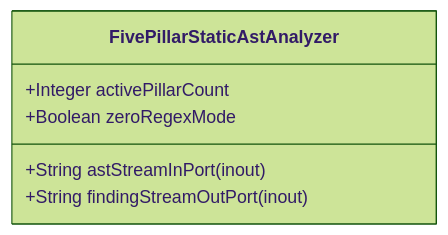
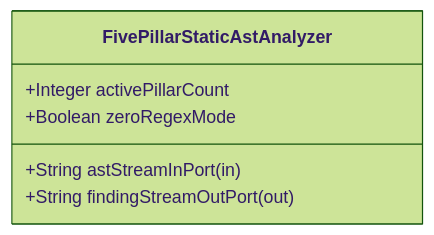
The diagram in .pipeline/upstream/docs/features/FEAT-29-FivePillarStaticAstAnalyzer.md (gintatkinson/DEAP01-spec-core), drawn with Mermaid (forest theme) before and after one commit. The commit also changed other lines of this file and 213 other files, not shown here.

````diff
--- a/.pipeline/upstream/docs/features/FEAT-29-FivePillarStaticAstAnalyzer.md
+++ b/.pipeline/upstream/docs/features/FEAT-29-FivePillarStaticAstAnalyzer.md
@@ -16,9 +16,9 @@
 ```mermaid
 classDiagram
     class FivePillarStaticAstAnalyzer {
-        +String astStreamInPort (inout)
-        +String findingStreamOutPort (inout)
+        +String astStreamInPort (in)
+        +String findingStreamOutPort (out)
         +Integer activePillarCount
         +Boolean zeroRegexMode
     }
 ```
````
